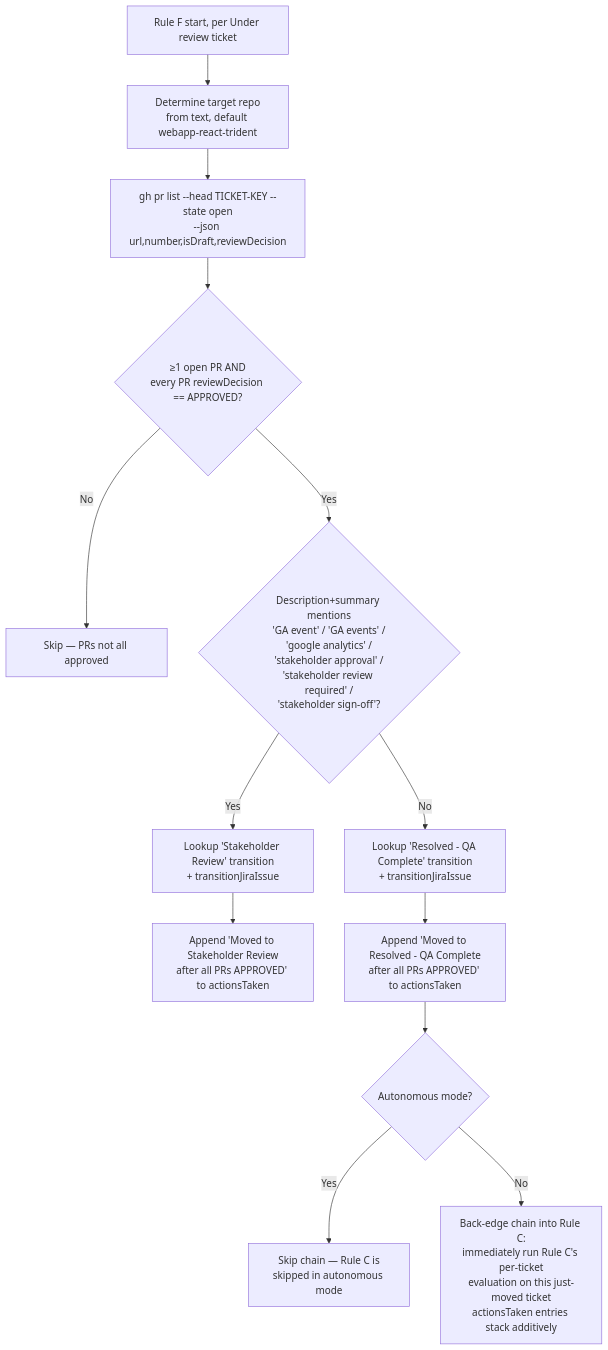
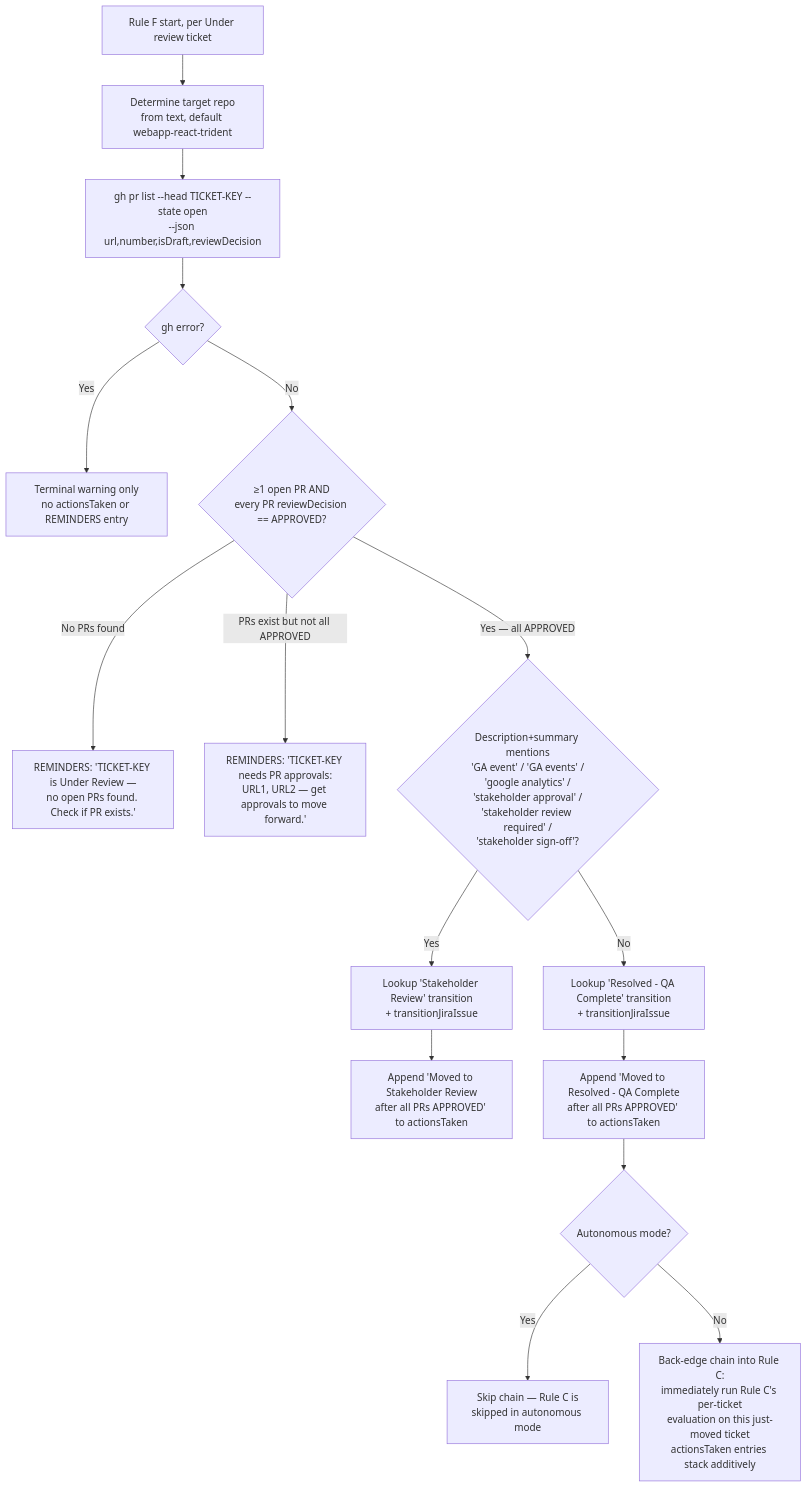
The seventh of 7 diagrams in skills/jira-sprint-manager/SKILL.md (fabiano001/claude-config), drawn with Mermaid before and after one commit. The commit also changed other lines of this file and 47 other files, not shown here.

````diff
--- a/skills/jira-sprint-manager/SKILL.md
+++ b/skills/jira-sprint-manager/SKILL.md
@@ -370,15 +449,18 @@
 ```mermaid
 flowchart TD
     A[Rule F start, per Under review ticket] --> B[Determine target repo<br/>from text, default webapp-react-trident]
     B --> C[gh pr list --head TICKET-KEY --state open<br/>--json url,number,isDraft,reviewDecision]
-    C --> D{≥1 open PR AND<br/>every PR reviewDecision == APPROVED?}
-    D -->|No| Z[Skip — PRs not all approved]
-    D -->|Yes| E{Description+summary mentions<br/>'GA event' / 'GA events' /<br/>'google analytics' /<br/>'stakeholder approval' /<br/>'stakeholder review required' /<br/>'stakeholder sign-off'?}
+    C --> CE{gh error?}
+    CE -->|Yes| ZC[Terminal warning only<br/>no actionsTaken or REMINDERS entry]
+    CE -->|No| D{≥1 open PR AND<br/>every PR reviewDecision == APPROVED?}
+    D -->|No PRs found| ZA[REMINDERS: 'TICKET-KEY is Under Review —<br/>no open PRs found. Check if PR exists.']
+    D -->|PRs exist but not all APPROVED| ZB[REMINDERS: 'TICKET-KEY needs PR approvals:<br/>URL1, URL2 — get approvals to move forward.']
+    D -->|Yes — all APPROVED| E{Description+summary mentions<br/>'GA event' / 'GA events' /<br/>'google analytics' /<br/>'stakeholder approval' /<br/>'stakeholder review required' /<br/>'stakeholder sign-off'?}
     E -->|Yes| F[Lookup 'Stakeholder Review' transition<br/>+ transitionJiraIssue]
     E -->|No| G[Lookup 'Resolved - QA Complete' transition<br/>+ transitionJiraIssue]
     F --> H[Append 'Moved to Stakeholder Review<br/>after all PRs APPROVED' to actionsTaken]
     G --> I[Append 'Moved to Resolved - QA Complete<br/>after all PRs APPROVED' to actionsTaken]
     I --> J{Autonomous mode?}
     J -->|Yes| K[Skip chain — Rule C is<br/>skipped in autonomous mode]
     J -->|No| L[Back-edge chain into Rule C:<br/>immediately run Rule C's per-ticket<br/>evaluation on this just-moved ticket<br/>actionsTaken entries stack additively]
 ```
````
